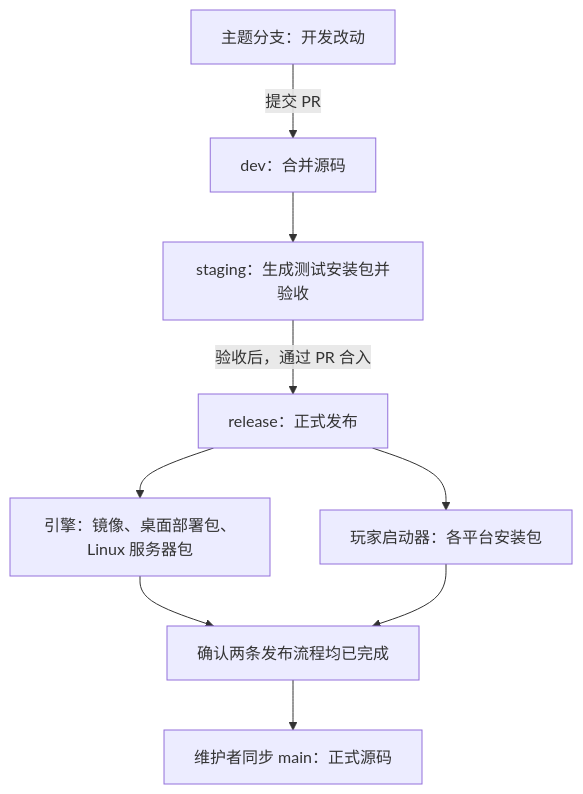
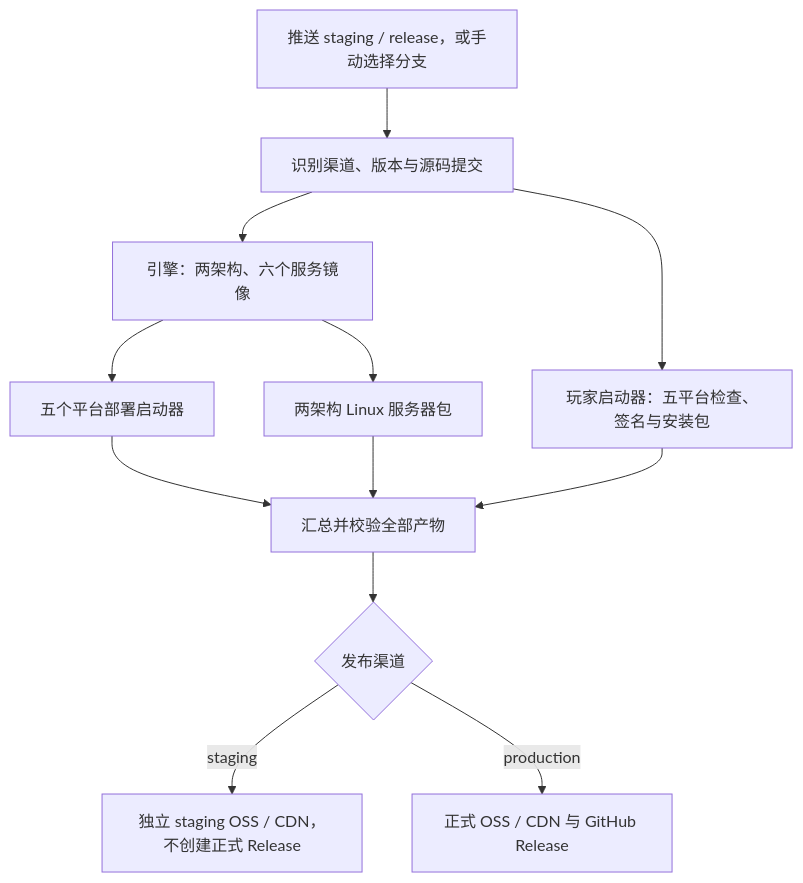
One commit to NickLiu2233/box3-local-engine changed the diagram in docs/release-and-version.md. Above: the diagram before and after it, drawn with Mermaid. The commit also changed other lines of this file and 38 other files, not shown here.

First line of the commit message:
Consolidate player-launcher and engine release workflows to support staging/production channels, remove separate test-build workflow, add workflow_dispatch with rebuild option, and introduce channel-aware build context with OSS prefix resolution

````diff
--- a/docs/release-and-version.md
+++ b/docs/release-and-version.md
@@ -7,11 +7,14 @@
 ```mermaid
 flowchart TD
-    Feature["主题分支：开发改动"] -->|提交 PR| Dev["dev：合并源码"]
-    Dev --> Staging["staging：生成测试安装包并验收"]
-    Staging -->|验收后，通过 PR 合入| Release["release：正式发布"]
-    Release --> Engine["引擎：镜像、桌面部署包、Linux 服务器包"]
-    Release --> Player["玩家启动器：各平台安装包"]
-    Engine --> Done["确认两条发布流程均已完成"]
-    Player --> Done
-    Done --> Main["维护者同步 main：正式源码"]
+    Branch["推送 staging / release，或手动选择分支"] --> Identity["识别渠道、版本与源码提交"]
+    Identity --> Images["引擎：两架构、六个服务镜像"]
+    Images --> Desktop["五个平台部署启动器"]
+    Images --> Server["两架构 Linux 服务器包"]
+    Identity --> Player["玩家启动器：五平台检查、签名与安装包"]
+    Desktop --> Collect["汇总并校验全部产物"]
+    Server --> Collect
+    Player --> Collect
+    Collect --> Channel{"发布渠道"}
+    Channel -->|staging| Preview["独立 staging OSS / CDN，不创建正式 Release"]
+    Channel -->|production| Production["正式 OSS / CDN 与 GitHub Release"]
 ```
````
